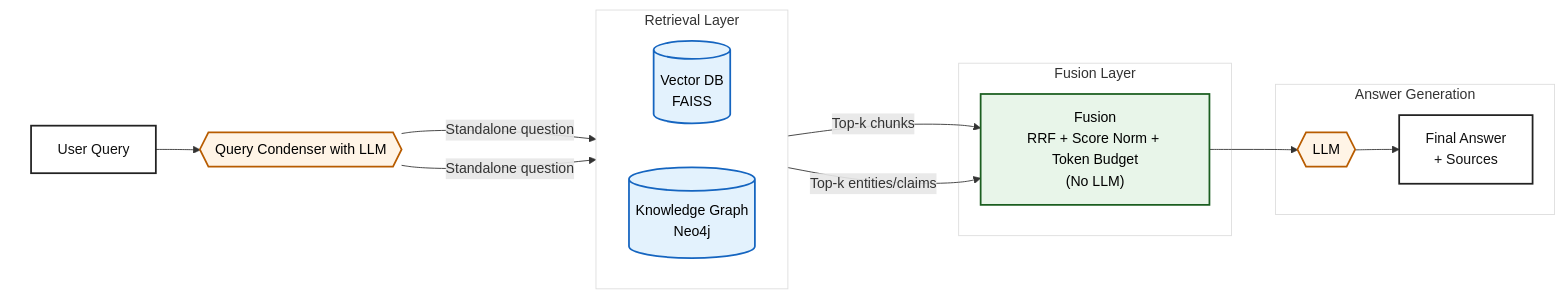
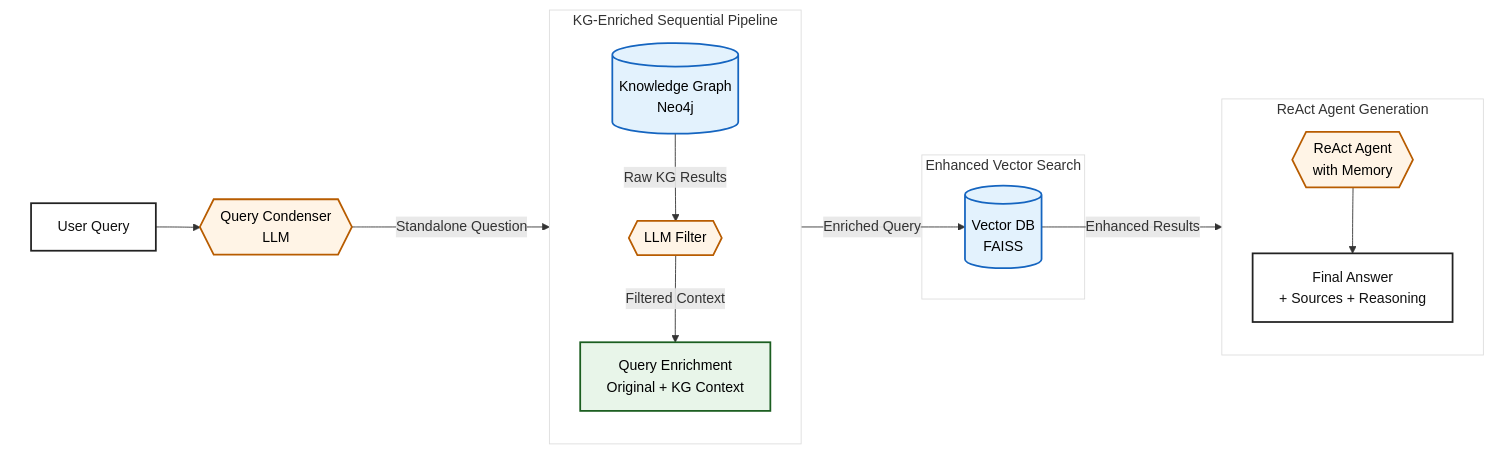
One commit to SandyYuan/astro-rag changed the diagram in README.md. Above: the diagram before and after it, drawn with Mermaid. The commit also changed other lines of this file, not shown here.

````diff
--- a/README.md
+++ b/README.md
@@ -41,44 +41,46 @@
 ```mermaid
 flowchart LR
     %% Input & Condensation (LLM)
     subgraph Input[" "]
-      U["User Query"]:::io --> QC{{"Query Condenser with LLM"}}:::llm
+      U["User Query"]:::io --> QC{{"Query Condenser<br/>LLM"}}:::llm
     end
 
-    %% Retrieval Layer (Hybrid)
-    subgraph Retrieval["Retrieval Layer"]
-      direction LR
-      V[("Vector DB\nFAISS")]:::store
-      G[("Knowledge Graph\nNeo4j")]:::store
+    %% KG-Enriched Sequential Pipeline
+    subgraph KGPipeline["KG-Enriched Sequential Pipeline"]
+      direction TB
+      G[("Knowledge Graph<br/>Neo4j")]:::store
+      F{{"LLM Filter"}}:::llm
+      E["Query Enrichment<br/>Original + KG Context"]:::algo
     end
 
-    QC -- "Standalone question" --> V
-    QC -- "Standalone question" --> G
-
-    %% Fusion Layer (No LLM)
-    subgraph Fusion["Fusion Layer"]
-      F["Fusion\nRRF + Score Norm + Token Budget\n(No LLM)"]:::algo
+    %% Vector Search
+    subgraph VectorSearch["Enhanced Vector Search"]
+      V[("Vector DB<br/>FAISS")]:::store
     end
 
-    V -->|"Top‑k chunks"| F
-    G -->|"Top‑k entities/claims"| F
-
-    %% Answer Generation (LLM)
-    subgraph Generation["Answer Generation"]
-      L{{"LLM"}}:::llm
-      A["Final Answer\n+ Sources"]:::io
+    %% Answer Generation (LLM + Agent)
+    subgraph Generation["ReAct Agent Generation"]
+      direction TB
+      R{{"ReAct Agent<br/>with Memory"}}:::llm
+      A["Final Answer<br/>+ Sources + Reasoning"]:::io
     end
 
-    F --> L --> A
+    %% Flow connections
+    QC -->|"Standalone Question"| G
+    G -->|"Raw KG Results"| F
+    F -->|"Filtered Context"| E
+    E -->|"Enriched Query"| V
+    V -->|"Enhanced Results"| R
+    R --> A
 
     %% Styles
     classDef io fill:#ffffff,stroke:#222,stroke-width:2px,color:#111
     classDef llm fill:#fff4e6,stroke:#b85c00,stroke-width:2px,color:#000
     classDef store fill:#e3f2fd,stroke:#1565c0,stroke-width:2px,color:#000
     classDef algo fill:#e8f5e9,stroke:#1b5e20,stroke-width:2px,color:#000
 
     style Input fill:none,stroke:none
-    style Retrieval fill:none,stroke:#ddd,stroke-width:1px
-    style Fusion fill:none,stroke:#ddd,stroke-width:1px
+    style KGPipeline fill:none,stroke:#ddd,stroke-width:1px
+    style VectorSearch fill:none,stroke:#ddd,stroke-width:1px
     style Generation fill:none,stroke:#ddd,stroke-width:1px
 ```
````
